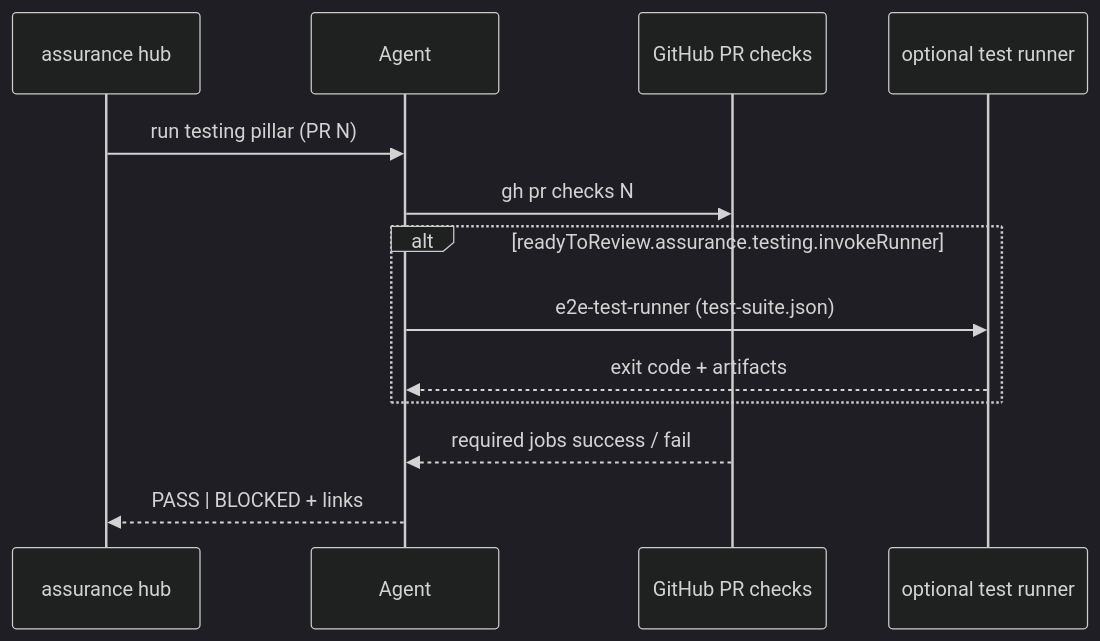
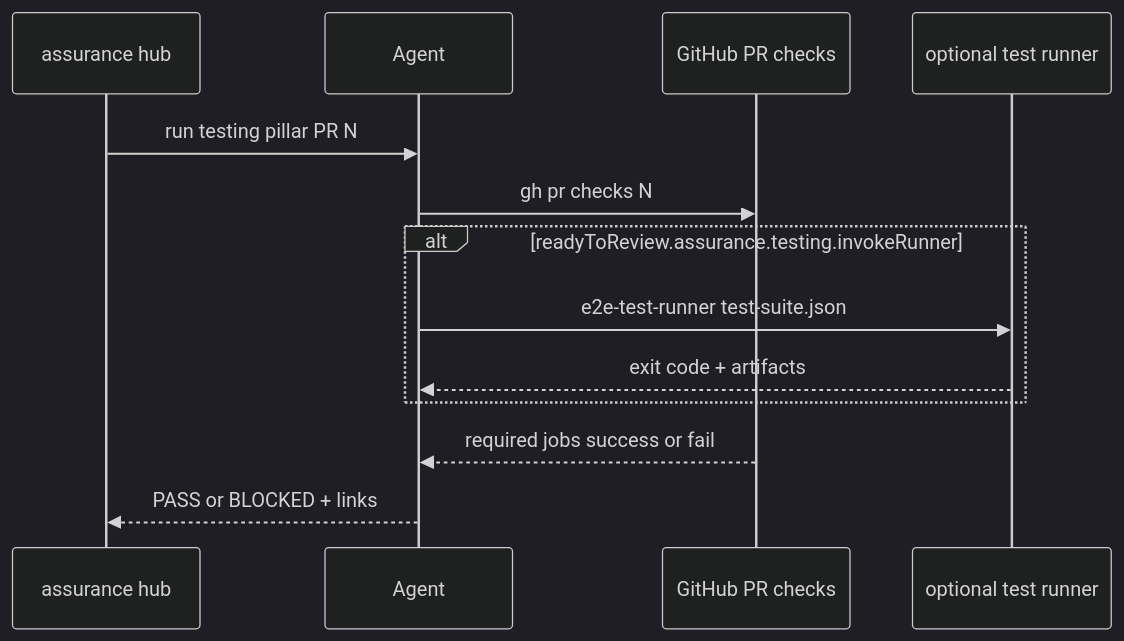
Before and after one commit to chimeranext/better-toolkits: the second of 2 diagrams in toolkits/assurance-toolkit/references/testing/triage.md, drawn with Mermaid (dark theme). The commit also changed other lines of this file and 4 other files, not shown here.

````diff
--- a/toolkits/assurance-toolkit/references/testing/triage.md
+++ b/toolkits/assurance-toolkit/references/testing/triage.md
@@ -24,16 +35,16 @@
 ```mermaid
 sequenceDiagram
   participant Hub as assurance hub
   participant Agent as Agent
   participant GH as GitHub PR checks
   participant Runner as optional test runner
 
-  Hub->>Agent: run testing pillar (PR N)
+  Hub->>Agent: run testing pillar PR N
   Agent->>GH: gh pr checks N
   alt readyToReview.assurance.testing.invokeRunner
-    Agent->>Runner: e2e-test-runner (test-suite.json)
+    Agent->>Runner: e2e-test-runner test-suite.json
     Runner-->>Agent: exit code + artifacts
   end
-  GH-->>Agent: required jobs success / fail
-  Agent-->>Hub: PASS | BLOCKED + links
+  GH-->>Agent: required jobs success or fail
+  Agent-->>Hub: PASS or BLOCKED + links
 ```
````
